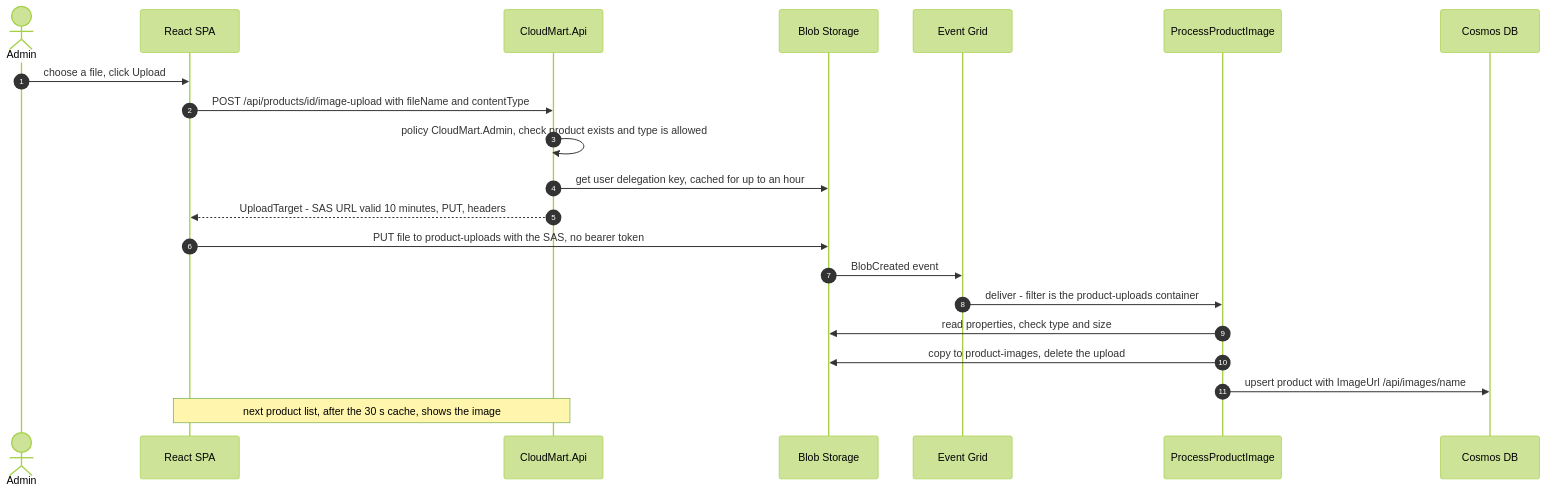
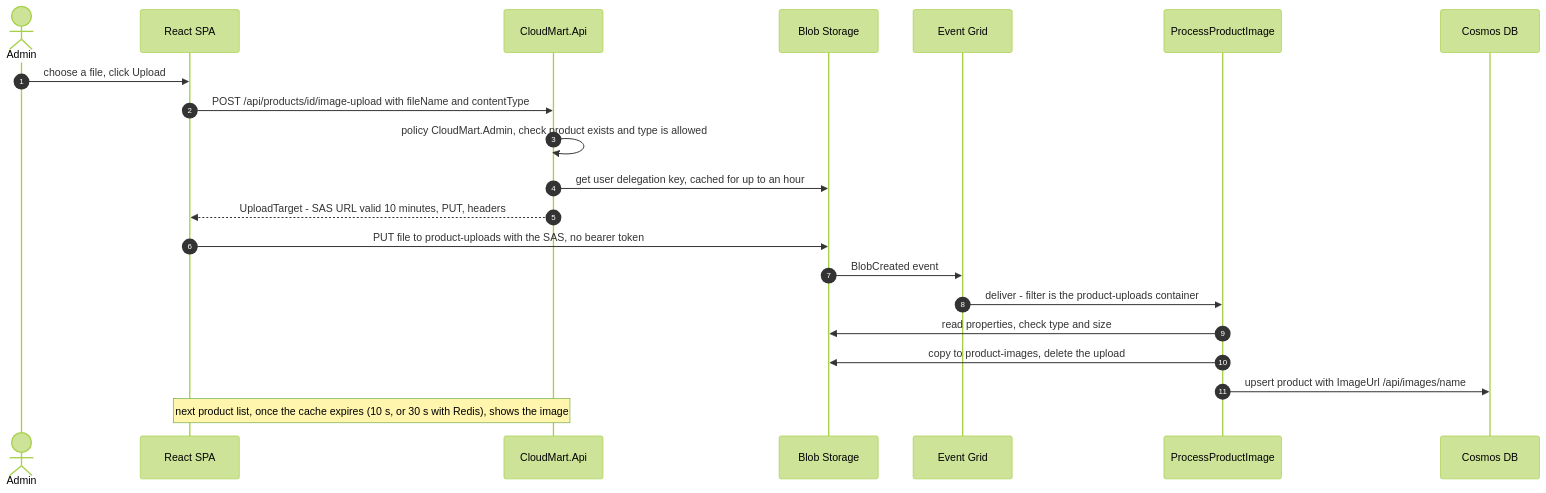
The eighth of 9 diagrams in docs/AZURE_DEVELOPMENT_GUIDE.md (smfarooq/cloud-mart), drawn with Mermaid (forest theme) before and after one commit. The commit also changed other lines of this file and 16 other files, not shown here.

````diff
--- a/docs/AZURE_DEVELOPMENT_GUIDE.md
+++ b/docs/AZURE_DEVELOPMENT_GUIDE.md
@@ -1761,24 +1795,24 @@
 ```mermaid
 sequenceDiagram
     autonumber
     actor A as Admin
     participant SPA as React SPA
     participant API as CloudMart.Api
     participant BLOB as Blob Storage
     participant EG as Event Grid
     participant FN as ProcessProductImage
     participant COS as Cosmos DB
 
     A->>SPA: choose a file, click Upload
     SPA->>API: POST /api/products/id/image-upload with fileName and contentType
     API->>API: policy CloudMart.Admin, check product exists and type is allowed
     API->>BLOB: get user delegation key, cached for up to an hour
     API-->>SPA: UploadTarget - SAS URL valid 10 minutes, PUT, headers
     SPA->>BLOB: PUT file to product-uploads with the SAS, no bearer token
     BLOB->>EG: BlobCreated event
     EG->>FN: deliver - filter is the product-uploads container
     FN->>BLOB: read properties, check type and size
     FN->>BLOB: copy to product-images, delete the upload
     FN->>COS: upsert product with ImageUrl /api/images/name
-    Note over SPA,API: next product list, after the 30 s cache, shows the image
+    Note over SPA,API: next product list, once the cache expires (10 s, or 30 s with Redis), shows the image
 ```
````
